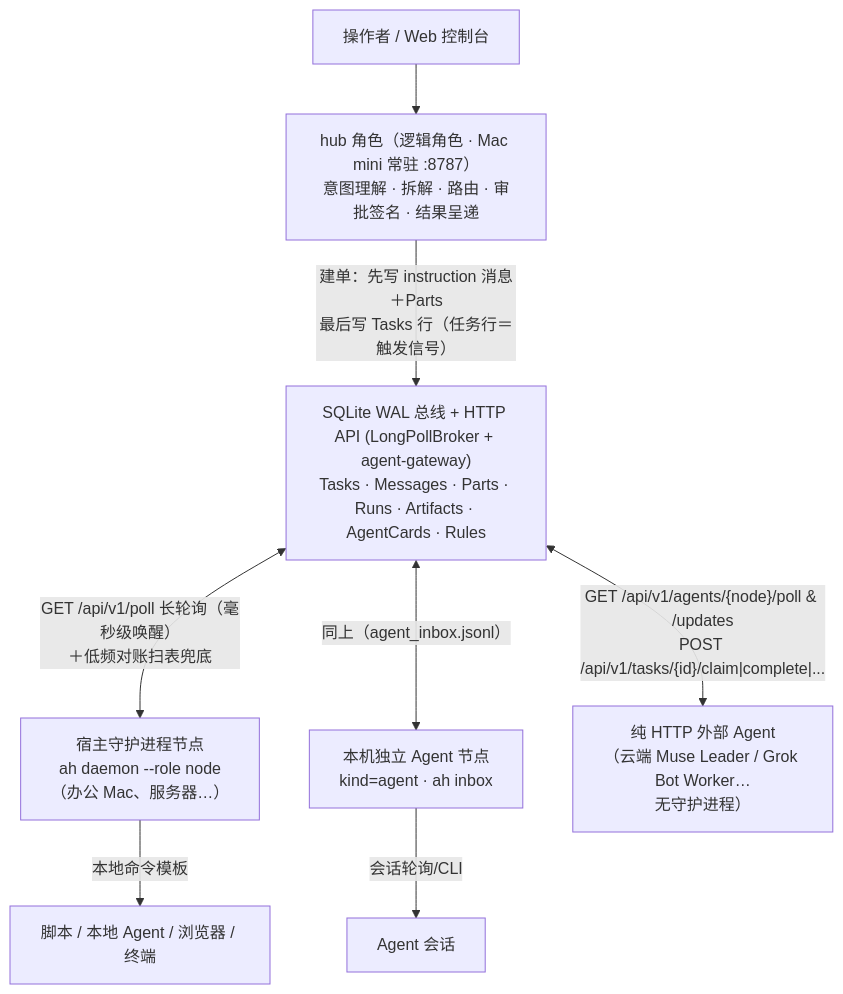
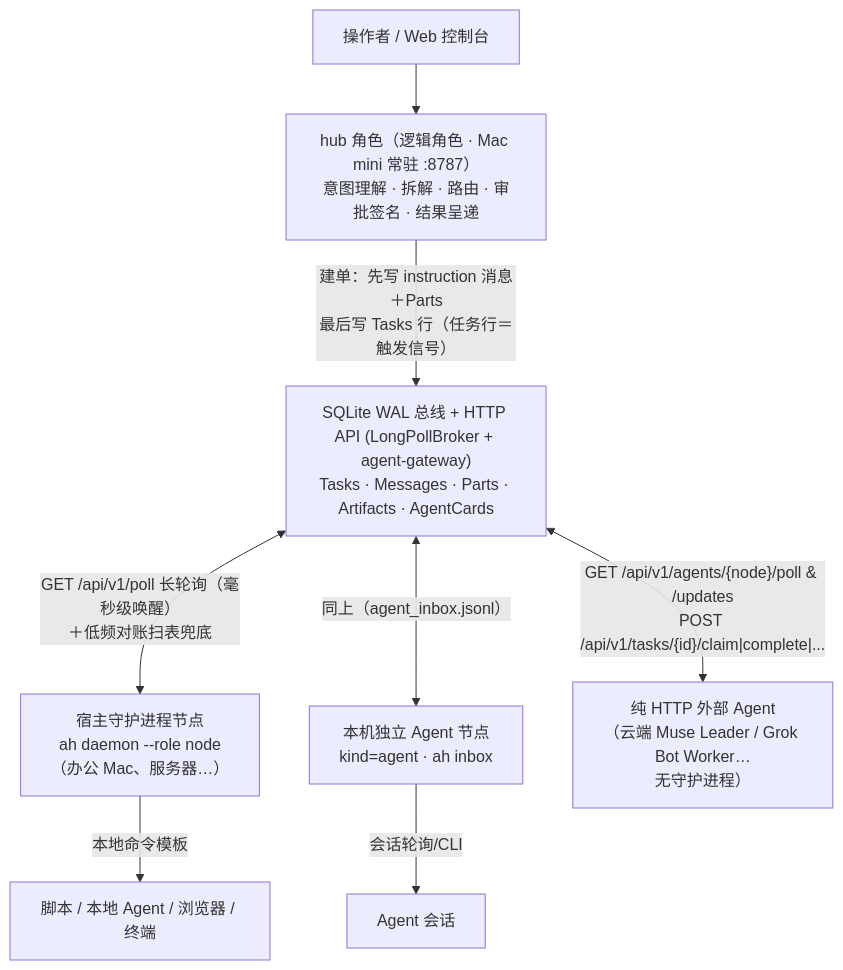
The first of 2 diagrams in docs/architecture.md (backtomyfuture/a2a-hub), drawn with Mermaid before and after one commit. The commit also changed other lines of this file and 63 other files, not shown here.

````diff
--- a/docs/architecture.md
+++ b/docs/architecture.md
@@ -16,14 +16,14 @@
 ```mermaid
 flowchart TB
     OP["操作者 / Web 控制台"] --> HUB["hub 角色（逻辑角色 · Mac mini 常驻 :8787）<br/>意图理解 · 拆解 · 路由 · 审批签名 · 结果呈递"]
     HUB -->|"建单：先写 instruction 消息＋Parts<br/>最后写 Tasks 行（任务行＝触发信号）"| BUS
-    BUS["SQLite WAL 总线 + HTTP API (LongPollBroker + agent-gateway)<br/>Tasks · Messages · Parts · Runs · Artifacts · AgentCards · Rules"]
+    BUS["SQLite WAL 总线 + HTTP API (LongPollBroker + agent-gateway)<br/>Tasks · Messages · Parts · Artifacts · AgentCards"]
     BUS <-->|"GET /api/v1/poll 长轮询（毫秒级唤醒）<br/>＋低频对账扫表兜底"| N1
     BUS <-->|"同上（agent_inbox.jsonl）"| N2
     BUS <-->|"GET /api/v1/agents/{node}/poll & /updates<br/>POST /api/v1/tasks/{id}/claim|complete|..."| N3
     N1["宿主守护进程节点<br/>ah daemon --role node<br/>（办公 Mac、服务器…）"]
     N2["本机独立 Agent 节点<br/>kind=agent · ah inbox"]
     N3["纯 HTTP 外部 Agent<br/>（云端 Muse Leader / Grok Bot Worker…<br/>无守护进程）"]
     N1 -->|"本地命令模板"| W1["脚本 / 本地 Agent / 浏览器 / 终端"]
     N2 -->|"会话轮询/CLI"| W2["Agent 会话"]
 ```
````
